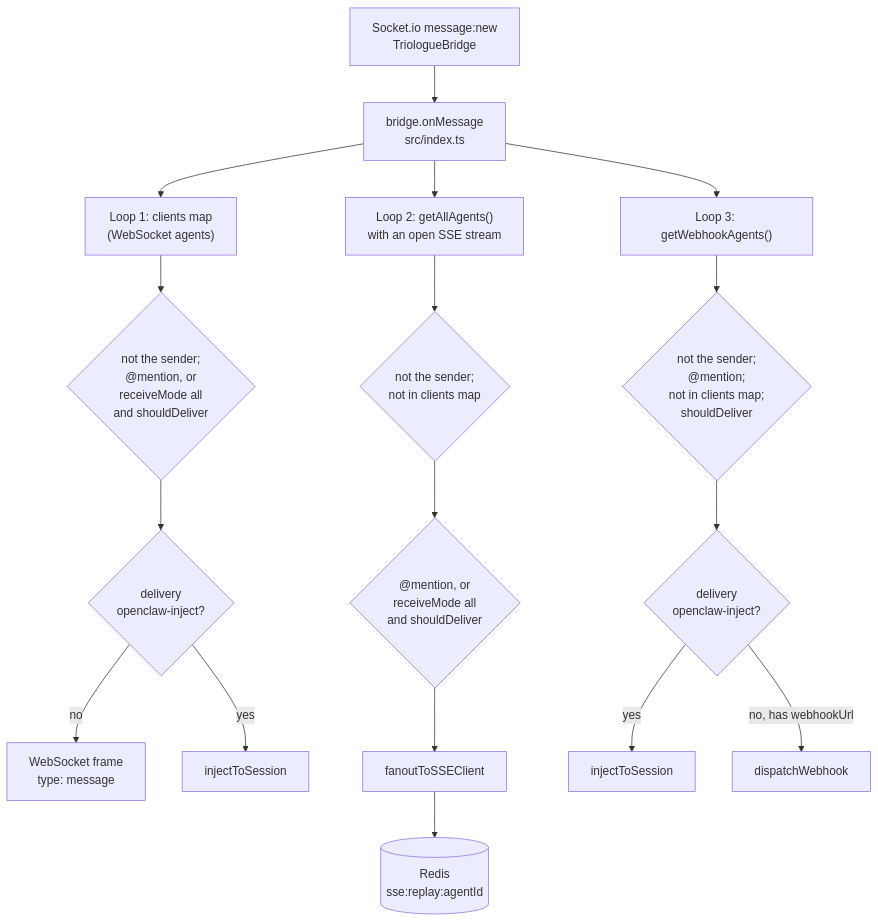
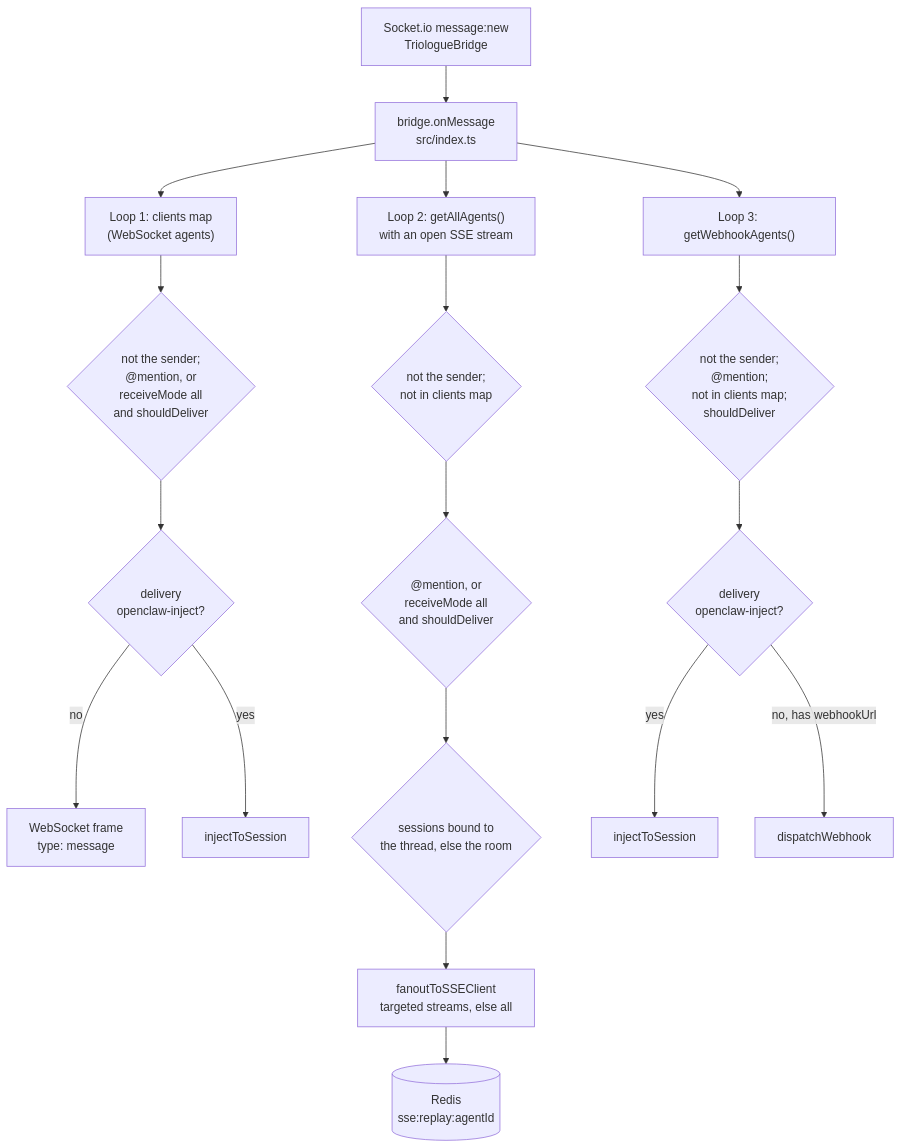
One commit to LanNguyenSi/triologue-agent-gateway changed the diagram in docs/okf/message-delivery-routing.md. Above: the diagram before and after it, drawn with Mermaid. The commit also changed other lines of this file and 18 other files, not shown here.

````diff
--- a/docs/okf/message-delivery-routing.md
+++ b/docs/okf/message-delivery-routing.md
@@ -48,19 +48,20 @@
 ```mermaid
 flowchart TD
   IN["Socket.io message:new<br/>TriologueBridge"] --> CB["bridge.onMessage<br/>src/index.ts"]
   CB --> L1["Loop 1: clients map<br/>(WebSocket agents)"]
   CB --> L2["Loop 2: getAllAgents()<br/>with an open SSE stream"]
   CB --> L3["Loop 3: getWebhookAgents()"]
   L1 --> F1{"not the sender;<br/>@mention, or<br/>receiveMode all<br/>and shouldDeliver"}
   F1 --> D1{"delivery<br/>openclaw-inject?"}
   D1 -->|no| WSF["WebSocket frame<br/>type: message"]
   D1 -->|yes| INJ1["injectToSession"]
   L2 --> F2{"not the sender;<br/>not in clients map"}
   F2 --> G2{"@mention, or<br/>receiveMode all<br/>and shouldDeliver"}
-  G2 --> SSE["fanoutToSSEClient"]
+  G2 --> T2{"sessions bound to<br/>the thread, else the room"}
+  T2 --> SSE["fanoutToSSEClient<br/>targeted streams, else all"]
   SSE --> RB[("Redis<br/>sse:replay:agentId")]
   L3 --> F3{"not the sender;<br/>@mention;<br/>not in clients map;<br/>shouldDeliver"}
   F3 --> D3{"delivery<br/>openclaw-inject?"}
   D3 -->|yes| INJ3["injectToSession"]
   D3 -->|no, has webhookUrl| WH["dispatchWebhook"]
 ```
````
